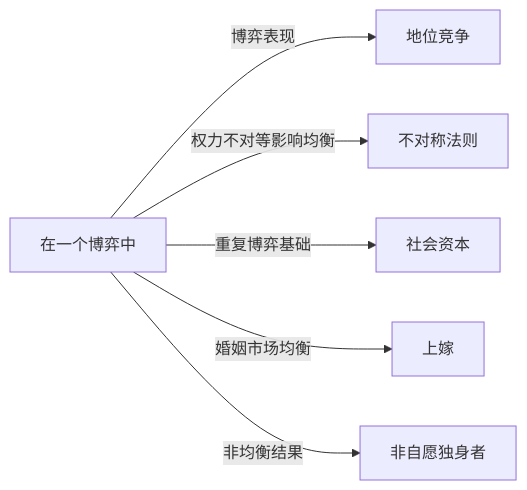
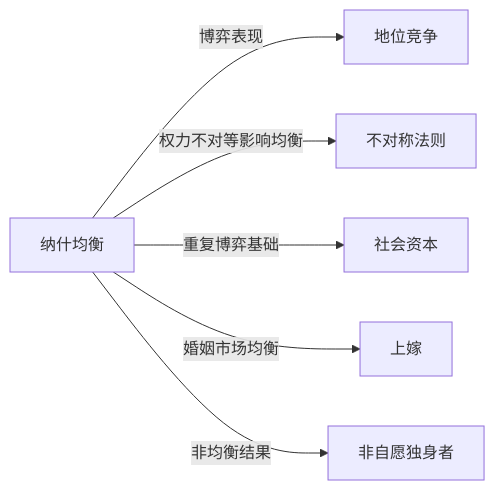
The diagram in Knowledge/Concepts/经济/纳什均衡.md (KIMMCHOW/MyKnowledge), drawn with Mermaid before and after one commit. The commit also changed 96 other files, not shown here.

Commit message:
fix: 修复概念页关系图节点并补齐缺失关联

````diff
--- a/Knowledge/Concepts/经济/纳什均衡.md
+++ b/Knowledge/Concepts/经济/纳什均衡.md
@@ -45,8 +45,8 @@
 ```mermaid
 graph LR
-    在一个博弈中 -->|博弈表现| 地位竞争
-    在一个博弈中 -->|权力不对等影响均衡| 不对称法则
-    在一个博弈中 -->|重复博弈基础| 社会资本
-    在一个博弈中 -->|婚姻市场均衡| 上嫁
-    在一个博弈中 -->|非均衡结果| 非自愿独身者
+纳什均衡 -->|博弈表现| 地位竞争
+纳什均衡 -->|权力不对等影响均衡| 不对称法则
+纳什均衡 -->|重复博弈基础| 社会资本
+纳什均衡 -->|婚姻市场均衡| 上嫁
+纳什均衡 -->|非均衡结果| 非自愿独身者
 ```
````
